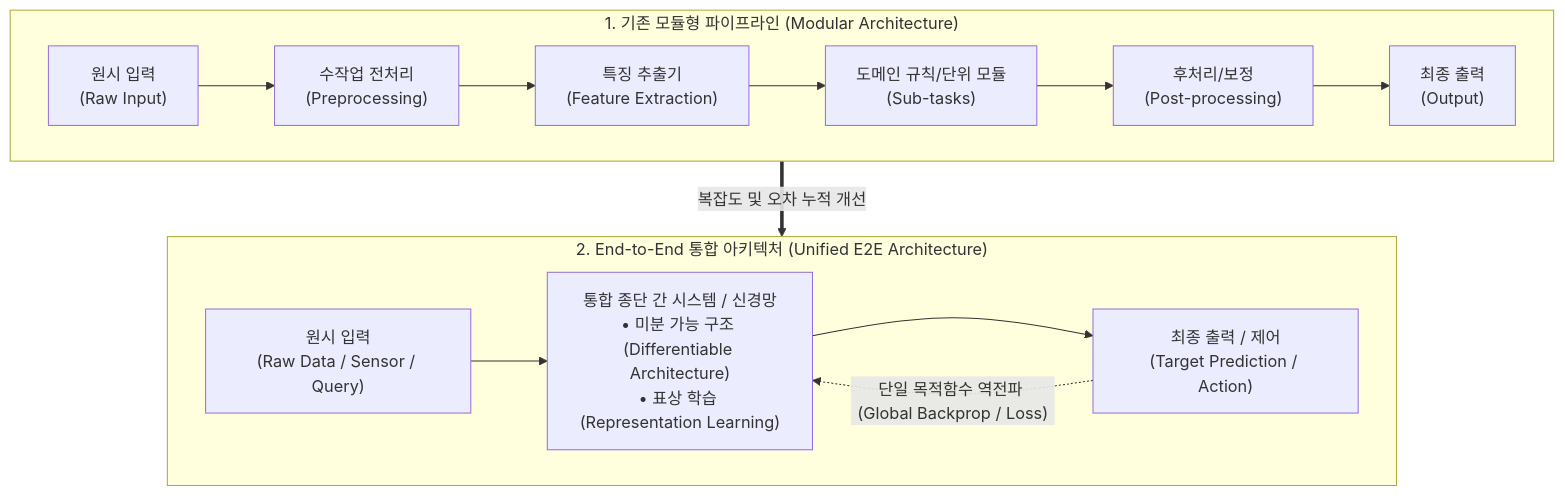
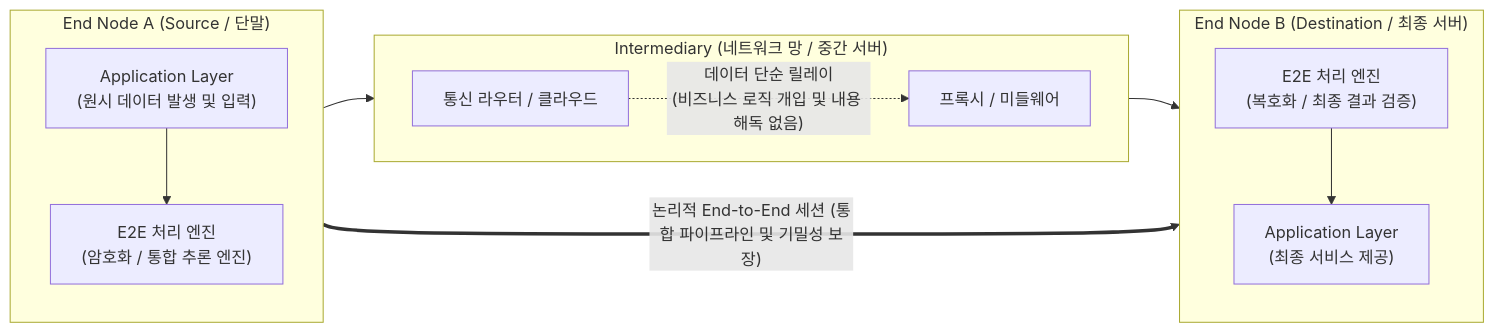
Before and after one commit to supremethumb/supremethumb.github.io: the diagram in content/02_IT_Tech/End-to-End.md, drawn with Mermaid. The commit also changed other lines of this file and 1970 other files, not shown here.

First line of the commit message:
feat(content): restructure 02_IT_Tech with 10 domain MOCs, wikilinks, related topics, and fix all mermaid syntax errors

````diff
--- a/content/02_IT_Tech/End-to-End.md
+++ b/content/02_IT_Tech/End-to-End.md
@@ -33,21 +26,29 @@
 ```mermaid
-flowchart TB
-    subgraph MODULAR["1. 기존 모듈형 파이프라인 (Modular Architecture)"]
-        direction LR
-        M_IN["원시 입력<br/>(Raw Input)"] --> M_PRE["수작업 전처리<br/>(Preprocessing)"]
-        M_PRE --> M_FEAT["특징 추출기<br/>(Feature Extraction)"]
-        M_FEAT --> M_SUB["도메인 규칙/단위 모듈<br/>(Sub-tasks)"]
-        M_SUB --> M_POST["후처리/보정<br/>(Post-processing)"]
-        M_POST --> M_OUT["최종 출력<br/>(Output)"]
+flowchart LR
+    subgraph End_A["End Node A (Source / 단말)"]
+        direction TB
+        AppA["Application Layer<br/>(원시 데이터 발생 및 입력)"]
+        E2E_A["E2E 처리 엔진<br/>(암호화 / 통합 추론 엔진)"]
+        AppA --> E2E_A
     end
 
-    subgraph E2E_FLOW["2. End-to-End 통합 아키텍처 (Unified E2E Architecture)"]
+    subgraph Intermediary["Intermediary (네트워크 망 / 중간 서버)"]
         direction LR
-        E_IN["원시 입력<br/>(Raw Data / Sensor / Query)"] --> E_NET["통합 종단 간 시스템 / 신경망<br/>• 미분 가능 구조 (Differentiable Architecture)<br/>• 표상 학습 (Representation Learning)"]
-        E_NET --> E_OUT["최종 출력 / 제어<br/>(Target Prediction / Action)"]
-        
-        E_OUT -.->|"단일 목적함수 역전파 (Global Backprop / Loss)"| E_NET
+        Relay1["통신 라우터 / 클라우드"]
+        Relay2["프록시 / 미들웨어"]
+        Relay1 -. "데이터 단순 릴레이<br/>(비즈니스 로직 개입 및 내용 해독 없음)" .-> Relay2
     end
 
-    MODULAR ==>|"복잡도 및 오차 누적 개선"| E2E_FLOW
+    subgraph End_B["End Node B (Destination / 최종 서버)"]
+        direction TB
+        E2E_B["E2E 처리 엔진<br/>(복호화 / 최종 결과 검증)"]
+        AppB["Application Layer<br/>(최종 서비스 제공)"]
+        E2E_B --> AppB
+    end
+
+    E2E_A == "논리적 End-to-End 세션 (통합 파이프라인 및 기밀성 보장)" ==> E2E_B
+    E2E_A --> Relay1
+    Relay2 --> E2E_B
+
+
 ```
````
